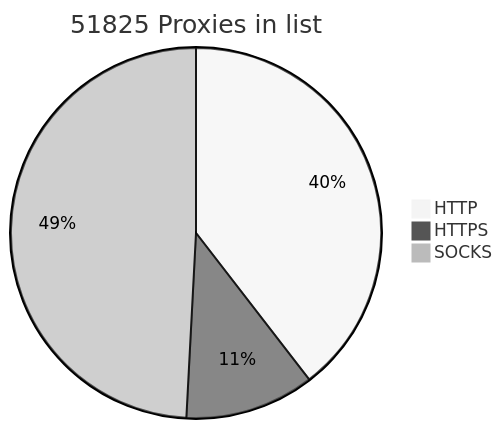
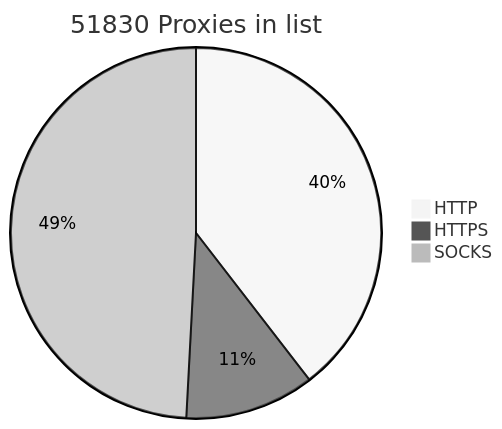
One commit to BlackSnowDot/proxylist-update-every-minute changed the diagram in README.md. Above: the diagram before and after it, drawn with Mermaid (neutral theme).

````diff
--- a/README.md
+++ b/README.md
@@ -2,6 +2,6 @@
 ```mermaid
-pie title 51825 Proxies in list
-    "HTTP" : 22768
-    "HTTPS": 6508
+pie title 51830 Proxies in list
+    "HTTP" : 22772
+    "HTTPS": 6511
     "SOCKS" : 28320
 ```
````
